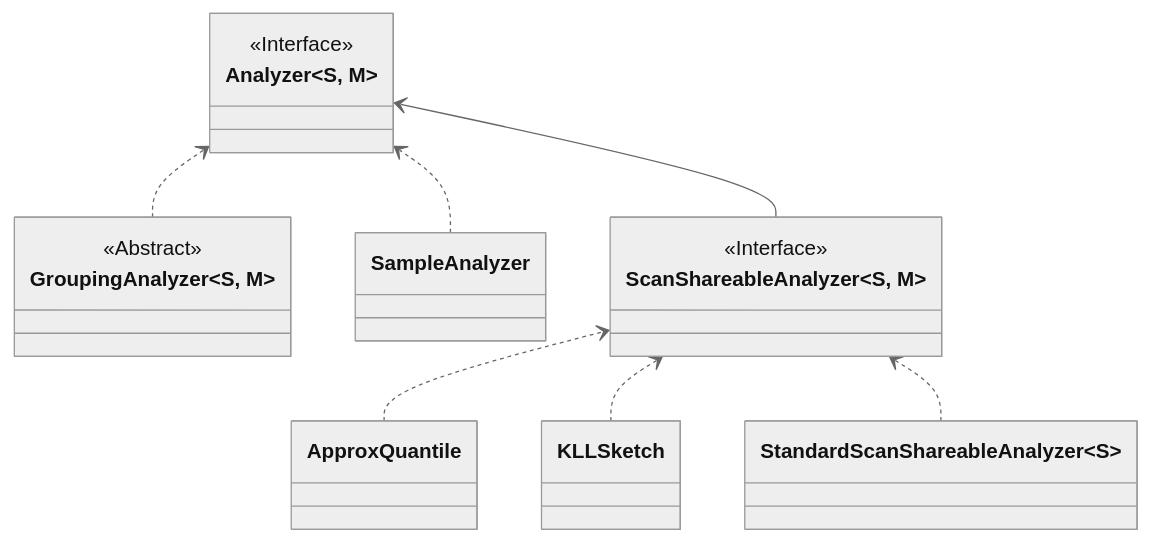
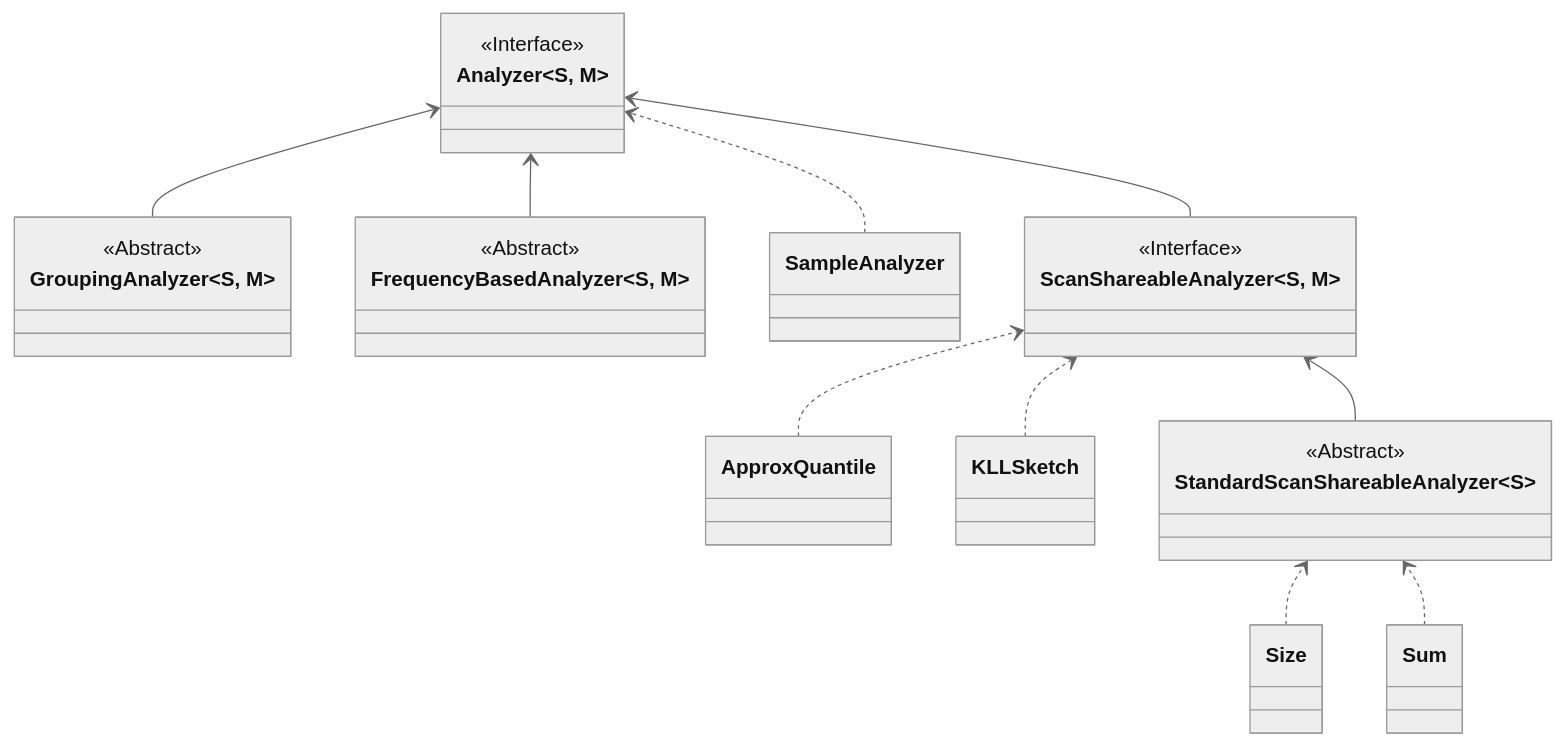
One commit to TomAndersen0714/notebooks changed the fourth of 7 diagrams in work/component/Big-Data/Deequ/mechanism/Deequ-State-Metric-and-Analyzer.md. Above: the diagram before and after it, drawn with Mermaid (neutral theme). The commit also changed other lines of this file and 1 other file, not shown here.

Commit message:
更新deequ相关文档

````diff
--- a/work/component/Big-Data/Deequ/mechanism/Deequ-State-Metric-and-Analyzer.md
+++ b/work/component/Big-Data/Deequ/mechanism/Deequ-State-Metric-and-Analyzer.md
@@ -262,31 +273,44 @@
 ```mermaid
 
 classDiagram
 direction BT
 class Analyzer~S, M~ {
   <<Interface>>
 }
 
 class ApproxQuantile
 
 class GroupingAnalyzer~S, M~ {
   <<Abstract>>
 }
 
+class FrequencyBasedAnalyzer~S, M~ {
+  <<Abstract>>
+}
+
 class KLLSketch 
 
 class SampleAnalyzer 
 
 class ScanShareableAnalyzer~S, M~ {
   <<Interface>>
 }
 
-class StandardScanShareableAnalyzer~S~
+class StandardScanShareableAnalyzer~S~ {
+  <<Abstract>>
+}
+
+class Size
+class Sum
 
 ApproxQuantile  ..>  ScanShareableAnalyzer~S, M~
-GroupingAnalyzer~S, M~  ..>  Analyzer~S, M~
+GroupingAnalyzer~S, M~  -->  Analyzer~S, M~
+FrequencyBasedAnalyzer~S, M~  -->  Analyzer~S, M~
 KLLSketch  ..>  ScanShareableAnalyzer~S, M~
 SampleAnalyzer  ..>  Analyzer~S, M~
 ScanShareableAnalyzer~S, M~  -->  Analyzer~S, M~
-StandardScanShareableAnalyzer~S~  ..>  ScanShareableAnalyzer~S, M~
+StandardScanShareableAnalyzer~S~  -->  ScanShareableAnalyzer~S, M~
+
+Size ..> StandardScanShareableAnalyzer~S~
+Sum ..> StandardScanShareableAnalyzer~S~
 ```
````
